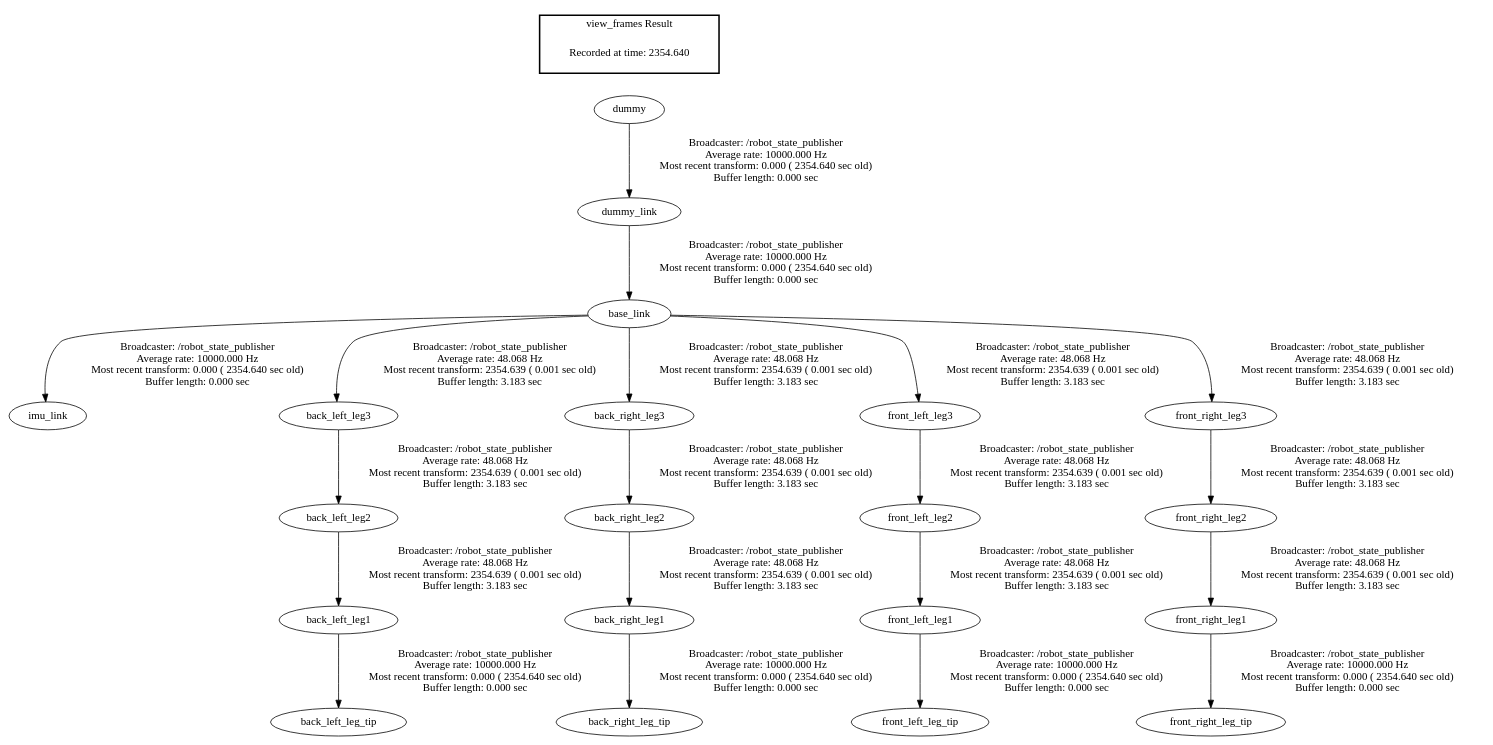
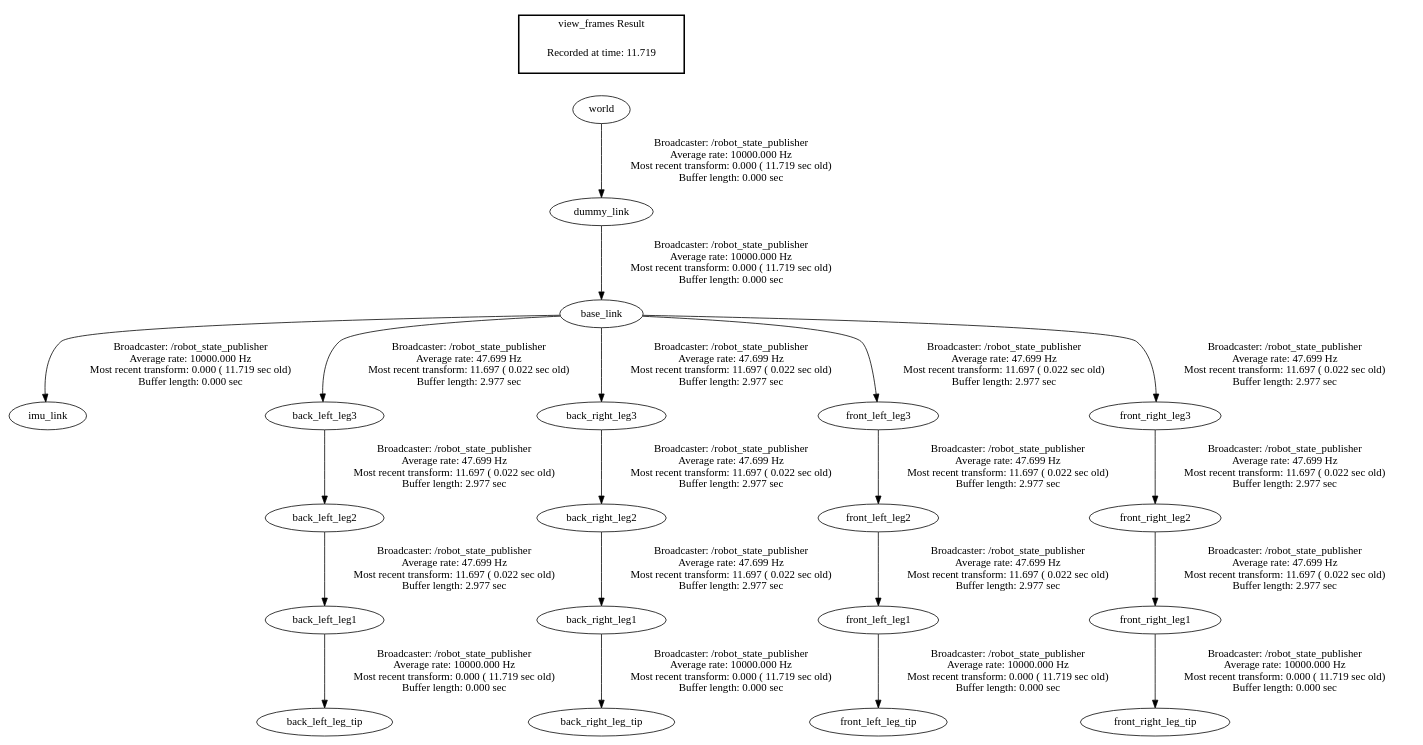
The diagram in src/simulations/ws/src/quadruped/frames.gv (shandilya1998/CPGController), drawn with Graphviz before and after one commit. The commit also changed 7 other files, not shown here.

```diff
--- a/src/simulations/ws/src/quadruped/frames.gv
+++ b/src/simulations/ws/src/quadruped/frames.gv
@@ -1,25 +1,25 @@
 digraph G {
-"back_left_leg1" -> "back_left_leg_tip"[label="Broadcaster: /robot_state_publisher\nAverage rate: 10000.000 Hz\nMost recent transform: 0.000 ( 2354.640 sec old)\nBuffer length: 0.000 sec\n"];
-"back_left_leg2" -> "back_left_leg1"[label="Broadcaster: /robot_state_publisher\nAverage rate: 48.068 Hz\nMost recent transform: 2354.639 ( 0.001 sec old)\nBuffer length: 3.183 sec\n"];
-"back_right_leg1" -> "back_right_leg_tip"[label="Broadcaster: /robot_state_publisher\nAverage rate: 10000.000 Hz\nMost recent transform: 0.000 ( 2354.640 sec old)\nBuffer length: 0.000 sec\n"];
-"back_right_leg2" -> "back_right_leg1"[label="Broadcaster: /robot_state_publisher\nAverage rate: 48.068 Hz\nMost recent transform: 2354.639 ( 0.001 sec old)\nBuffer length: 3.183 sec\n"];
-"base_link" -> "imu_link"[label="Broadcaster: /robot_state_publisher\nAverage rate: 10000.000 Hz\nMost recent transform: 0.000 ( 2354.640 sec old)\nBuffer length: 0.000 sec\n"];
-"dummy_link" -> "base_link"[label="Broadcaster: /robot_state_publisher\nAverage rate: 10000.000 Hz\nMost recent transform: 0.000 ( 2354.640 sec old)\nBuffer length: 0.000 sec\n"];
-"dummy" -> "dummy_link"[label="Broadcaster: /robot_state_publisher\nAverage rate: 10000.000 Hz\nMost recent transform: 0.000 ( 2354.640 sec old)\nBuffer length: 0.000 sec\n"];
-"front_left_leg1" -> "front_left_leg_tip"[label="Broadcaster: /robot_state_publisher\nAverage rate: 10000.000 Hz\nMost recent transform: 0.000 ( 2354.640 sec old)\nBuffer length: 0.000 sec\n"];
-"front_left_leg2" -> "front_left_leg1"[label="Broadcaster: /robot_state_publisher\nAverage rate: 48.068 Hz\nMost recent transform: 2354.639 ( 0.001 sec old)\nBuffer length: 3.183 sec\n"];
-"front_right_leg1" -> "front_right_leg_tip"[label="Broadcaster: /robot_state_publisher\nAverage rate: 10000.000 Hz\nMost recent transform: 0.000 ( 2354.640 sec old)\nBuffer length: 0.000 sec\n"];
-"front_right_leg2" -> "front_right_leg1"[label="Broadcaster: /robot_state_publisher\nAverage rate: 48.068 Hz\nMost recent transform: 2354.639 ( 0.001 sec old)\nBuffer length: 3.183 sec\n"];
-"back_left_leg3" -> "back_left_leg2"[label="Broadcaster: /robot_state_publisher\nAverage rate: 48.068 Hz\nMost recent transform: 2354.639 ( 0.001 sec old)\nBuffer length: 3.183 sec\n"];
-"base_link" -> "back_left_leg3"[label="Broadcaster: /robot_state_publisher\nAverage rate: 48.068 Hz\nMost recent transform: 2354.639 ( 0.001 sec old)\nBuffer length: 3.183 sec\n"];
-"back_right_leg3" -> "back_right_leg2"[label="Broadcaster: /robot_state_publisher\nAverage rate: 48.068 Hz\nMost recent transform: 2354.639 ( 0.001 sec old)\nBuffer length: 3.183 sec\n"];
-"base_link" -> "back_right_leg3"[label="Broadcaster: /robot_state_publisher\nAverage rate: 48.068 Hz\nMost recent transform: 2354.639 ( 0.001 sec old)\nBuffer length: 3.183 sec\n"];
-"front_left_leg3" -> "front_left_leg2"[label="Broadcaster: /robot_state_publisher\nAverage rate: 48.068 Hz\nMost recent transform: 2354.639 ( 0.001 sec old)\nBuffer length: 3.183 sec\n"];
-"base_link" -> "front_left_leg3"[label="Broadcaster: /robot_state_publisher\nAverage rate: 48.068 Hz\nMost recent transform: 2354.639 ( 0.001 sec old)\nBuffer length: 3.183 sec\n"];
-"front_right_leg3" -> "front_right_leg2"[label="Broadcaster: /robot_state_publisher\nAverage rate: 48.068 Hz\nMost recent transform: 2354.639 ( 0.001 sec old)\nBuffer length: 3.183 sec\n"];
-"base_link" -> "front_right_leg3"[label="Broadcaster: /robot_state_publisher\nAverage rate: 48.068 Hz\nMost recent transform: 2354.639 ( 0.001 sec old)\nBuffer length: 3.183 sec\n"];
+"back_left_leg1" -> "back_left_leg_tip"[label="Broadcaster: /robot_state_publisher\nAverage rate: 10000.000 Hz\nMost recent transform: 0.000 ( 11.719 sec old)\nBuffer length: 0.000 sec\n"];
+"back_left_leg2" -> "back_left_leg1"[label="Broadcaster: /robot_state_publisher\nAverage rate: 47.699 Hz\nMost recent transform: 11.697 ( 0.022 sec old)\nBuffer length: 2.977 sec\n"];
+"back_right_leg1" -> "back_right_leg_tip"[label="Broadcaster: /robot_state_publisher\nAverage rate: 10000.000 Hz\nMost recent transform: 0.000 ( 11.719 sec old)\nBuffer length: 0.000 sec\n"];
+"back_right_leg2" -> "back_right_leg1"[label="Broadcaster: /robot_state_publisher\nAverage rate: 47.699 Hz\nMost recent transform: 11.697 ( 0.022 sec old)\nBuffer length: 2.977 sec\n"];
+"base_link" -> "imu_link"[label="Broadcaster: /robot_state_publisher\nAverage rate: 10000.000 Hz\nMost recent transform: 0.000 ( 11.719 sec old)\nBuffer length: 0.000 sec\n"];
+"dummy_link" -> "base_link"[label="Broadcaster: /robot_state_publisher\nAverage rate: 10000.000 Hz\nMost recent transform: 0.000 ( 11.719 sec old)\nBuffer length: 0.000 sec\n"];
+"world" -> "dummy_link"[label="Broadcaster: /robot_state_publisher\nAverage rate: 10000.000 Hz\nMost recent transform: 0.000 ( 11.719 sec old)\nBuffer length: 0.000 sec\n"];
+"front_left_leg1" -> "front_left_leg_tip"[label="Broadcaster: /robot_state_publisher\nAverage rate: 10000.000 Hz\nMost recent transform: 0.000 ( 11.719 sec old)\nBuffer length: 0.000 sec\n"];
+"front_left_leg2" -> "front_left_leg1"[label="Broadcaster: /robot_state_publisher\nAverage rate: 47.699 Hz\nMost recent transform: 11.697 ( 0.022 sec old)\nBuffer length: 2.977 sec\n"];
+"front_right_leg1" -> "front_right_leg_tip"[label="Broadcaster: /robot_state_publisher\nAverage rate: 10000.000 Hz\nMost recent transform: 0.000 ( 11.719 sec old)\nBuffer length: 0.000 sec\n"];
+"front_right_leg2" -> "front_right_leg1"[label="Broadcaster: /robot_state_publisher\nAverage rate: 47.699 Hz\nMost recent transform: 11.697 ( 0.022 sec old)\nBuffer length: 2.977 sec\n"];
+"back_left_leg3" -> "back_left_leg2"[label="Broadcaster: /robot_state_publisher\nAverage rate: 47.699 Hz\nMost recent transform: 11.697 ( 0.022 sec old)\nBuffer length: 2.977 sec\n"];
+"base_link" -> "back_left_leg3"[label="Broadcaster: /robot_state_publisher\nAverage rate: 47.699 Hz\nMost recent transform: 11.697 ( 0.022 sec old)\nBuffer length: 2.977 sec\n"];
+"back_right_leg3" -> "back_right_leg2"[label="Broadcaster: /robot_state_publisher\nAverage rate: 47.699 Hz\nMost recent transform: 11.697 ( 0.022 sec old)\nBuffer length: 2.977 sec\n"];
+"base_link" -> "back_right_leg3"[label="Broadcaster: /robot_state_publisher\nAverage rate: 47.699 Hz\nMost recent transform: 11.697 ( 0.022 sec old)\nBuffer length: 2.977 sec\n"];
+"front_left_leg3" -> "front_left_leg2"[label="Broadcaster: /robot_state_publisher\nAverage rate: 47.699 Hz\nMost recent transform: 11.697 ( 0.022 sec old)\nBuffer length: 2.977 sec\n"];
+"base_link" -> "front_left_leg3"[label="Broadcaster: /robot_state_publisher\nAverage rate: 47.699 Hz\nMost recent transform: 11.697 ( 0.022 sec old)\nBuffer length: 2.977 sec\n"];
+"front_right_leg3" -> "front_right_leg2"[label="Broadcaster: /robot_state_publisher\nAverage rate: 47.699 Hz\nMost recent transform: 11.697 ( 0.022 sec old)\nBuffer length: 2.977 sec\n"];
+"base_link" -> "front_right_leg3"[label="Broadcaster: /robot_state_publisher\nAverage rate: 47.699 Hz\nMost recent transform: 11.697 ( 0.022 sec old)\nBuffer length: 2.977 sec\n"];
 edge [style=invis];
  subgraph cluster_legend { style=bold; color=black; label ="view_frames Result";
-"Recorded at time: 2354.640"[ shape=plaintext ] ;
- }->"dummy";
+"Recorded at time: 11.719"[ shape=plaintext ] ;
+ }->"world";
 }
```
